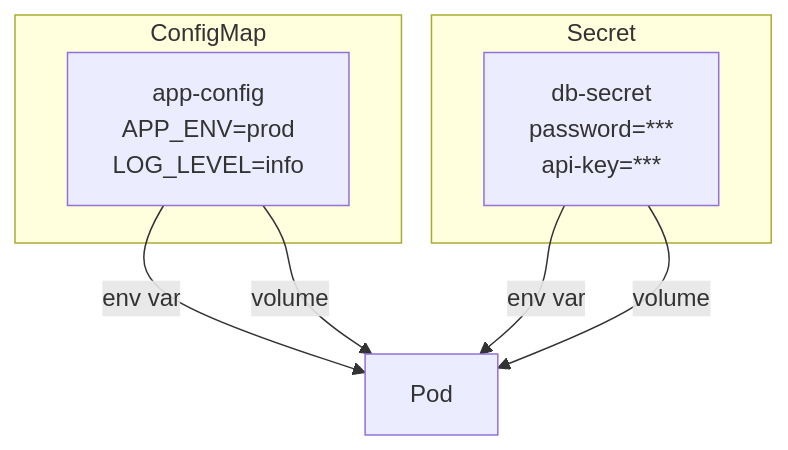
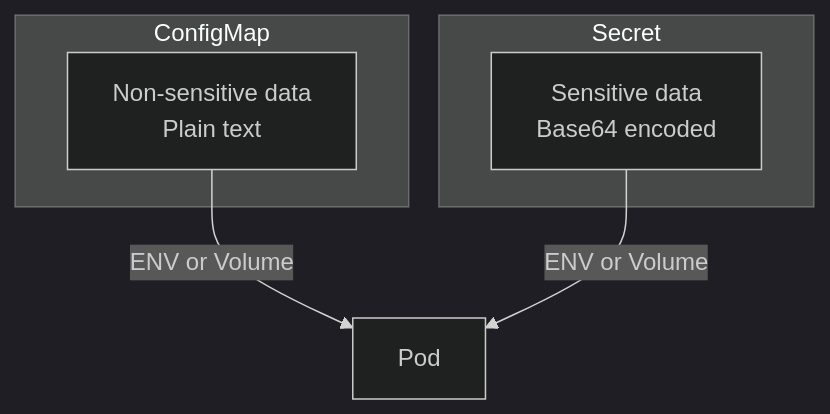
The diagram in labs/lab-05-configmaps-secrets.md (uzunenes/CKAD), drawn with Mermaid before and after one commit. The commit also changed other lines of this file and 15 other files, not shown here.

Commit message:
🌍 Complete English translation - All 17 labs translated with dark mermaid themes

````diff
--- a/labs/lab-05-configmaps-secrets.md
+++ b/labs/lab-05-configmaps-secrets.md
@@ -13,15 +13,14 @@
 ```mermaid
+%%{init: {'theme': 'dark'}}%%
 graph TB
     subgraph "ConfigMap"
-        CM[app-config<br/>APP_ENV=prod<br/>LOG_LEVEL=info]
+        CM[Non-sensitive data<br/>Plain text]
     end
     
     subgraph "Secret"
-        SEC[db-secret<br/>password=***<br/>api-key=***]
+        SEC[Sensitive data<br/>Base64 encoded]
     end
     
-    CM --> |env var| POD[Pod]
-    SEC --> |env var| POD
-    CM --> |volume| POD
-    SEC --> |volume| POD
+    CM --> |ENV or Volume| POD[Pod]
+    SEC --> |ENV or Volume| POD
 ```
````
